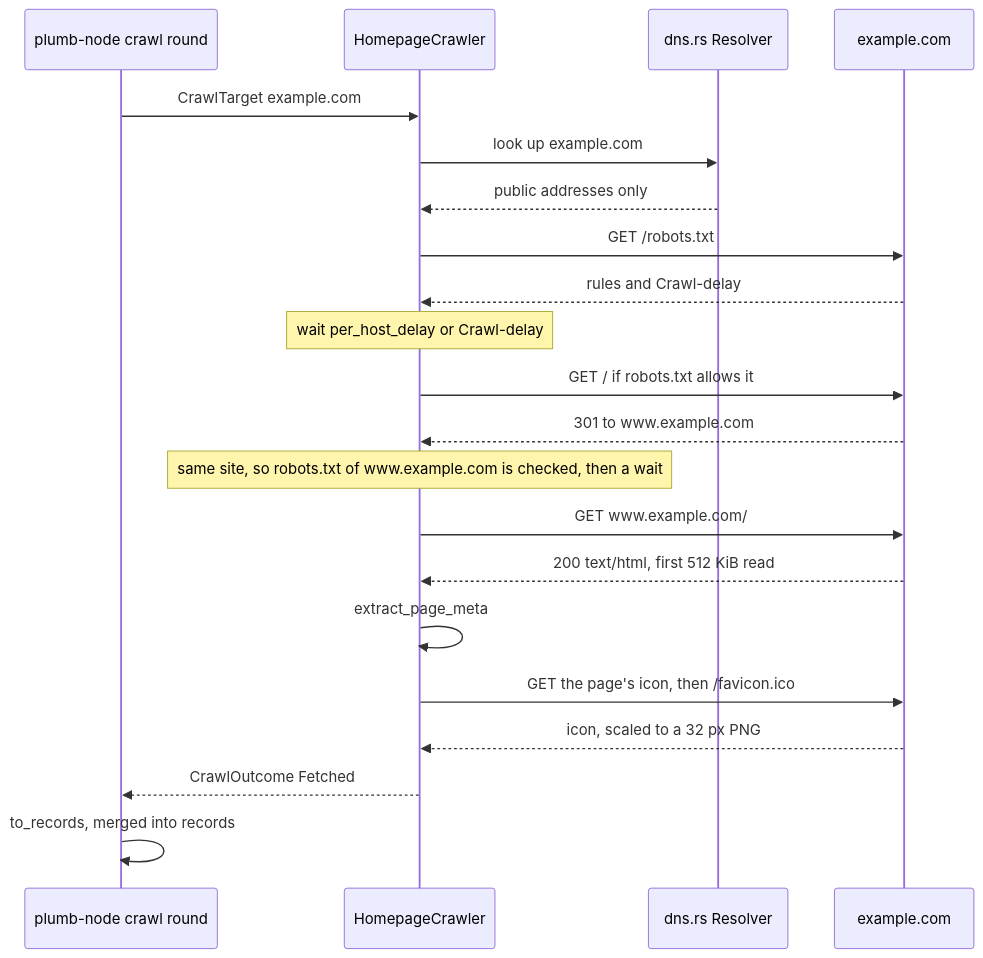
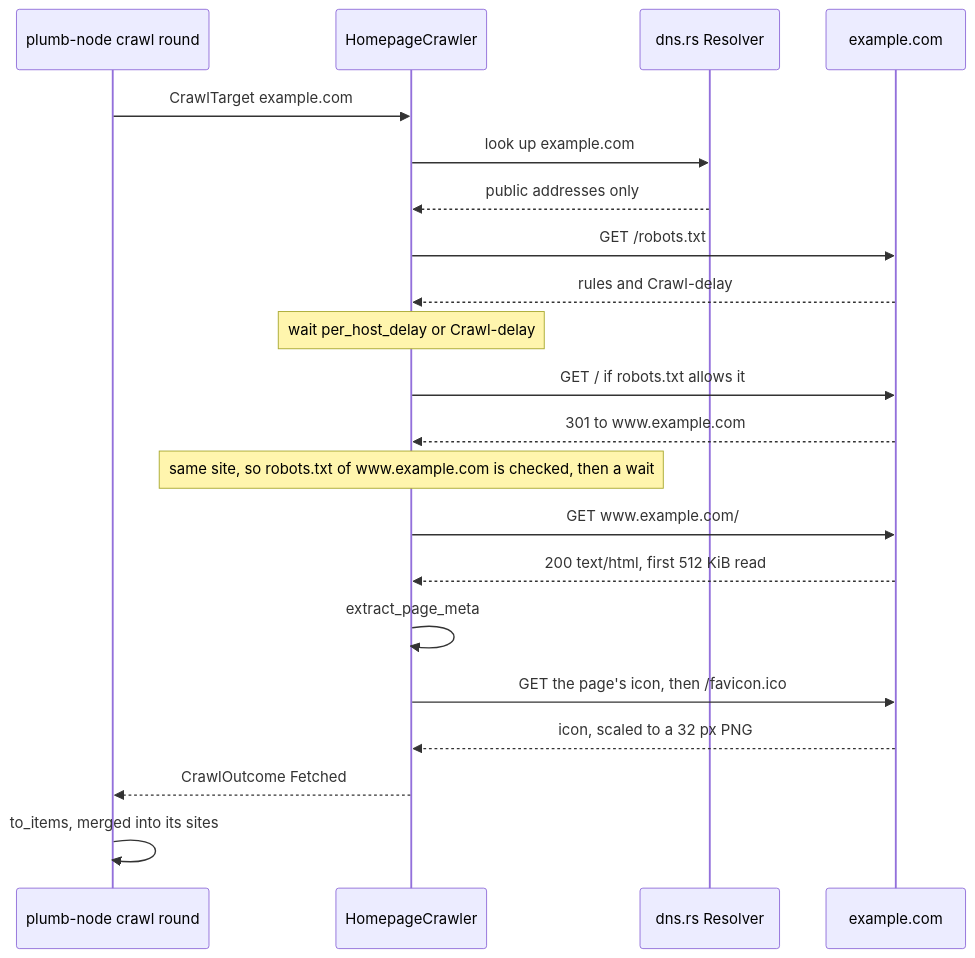
One commit to SueHeir/plumb-search changed the second of 2 diagrams in crates/plumb-crawl/README.md. Above: the diagram before and after it, drawn with Mermaid. The commit also changed other lines of this file and 15 other files, not shown here.

````diff
--- a/crates/plumb-crawl/README.md
+++ b/crates/plumb-crawl/README.md
@@ -62,23 +62,23 @@
 ```mermaid
 sequenceDiagram
   participant N as plumb-node crawl round
   participant C as HomepageCrawler
   participant R as dns.rs Resolver
   participant S as example.com
   N->>C: CrawlTarget example.com
   C->>R: look up example.com
   R-->>C: public addresses only
   C->>S: GET /robots.txt
   S-->>C: rules and Crawl-delay
   Note over C: wait per_host_delay or Crawl-delay
   C->>S: GET / if robots.txt allows it
   S-->>C: 301 to www.example.com
   Note over C: same site, so robots.txt of www.example.com is checked, then a wait
   C->>S: GET www.example.com/
   S-->>C: 200 text/html, first 512 KiB read
   C->>C: extract_page_meta
   C->>S: GET the page's icon, then /favicon.ico
   S-->>C: icon, scaled to a 32 px PNG
   C-->>N: CrawlOutcome Fetched
-  N->>N: to_records, merged into records
+  N->>N: to_items, merged into its sites
 ```
````
